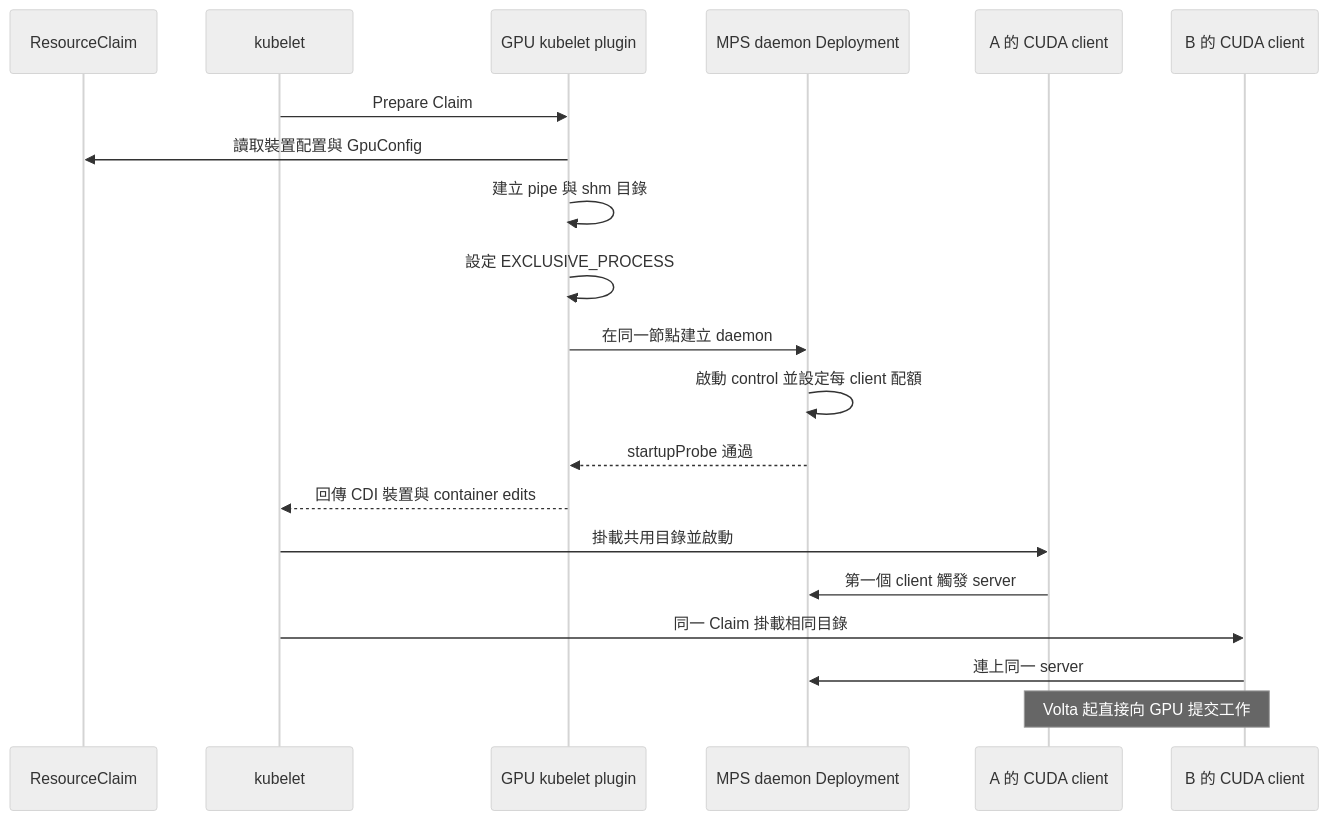
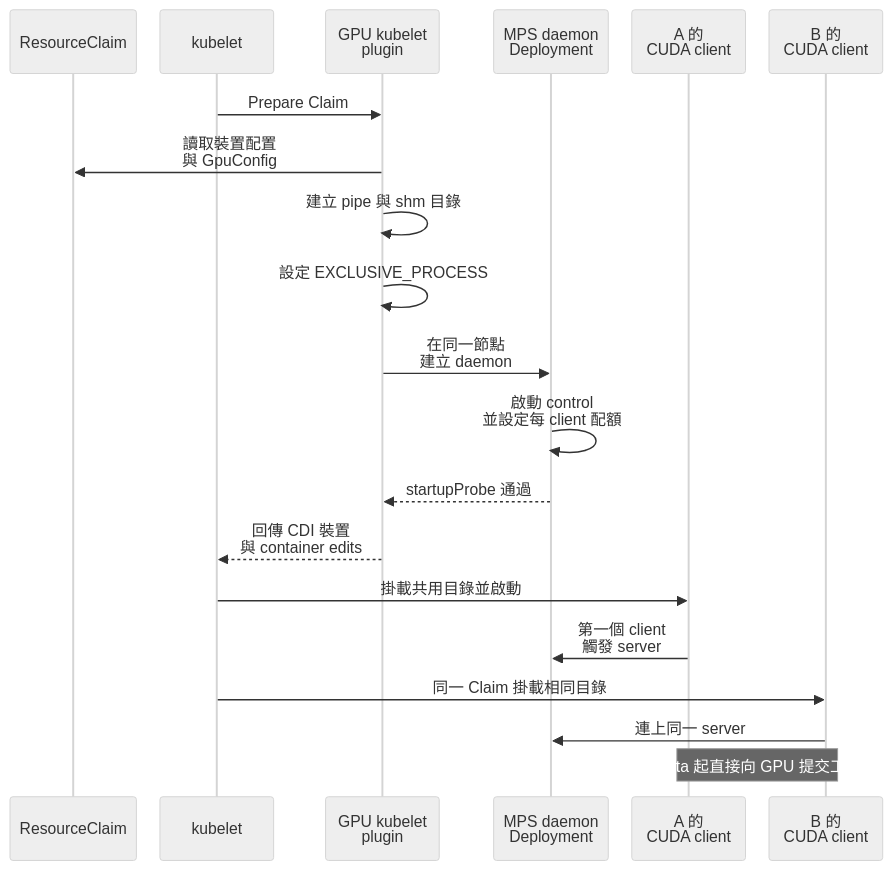
Before and after one commit to Daniel77871/dra-gpu-sharing-in-practice: the fourth of 4 diagrams in book/04-isolation/mps.md, drawn with Mermaid (neutral theme). The commit also changed other lines of this file and 15 other files, not shown here.

First line of the commit message:
Fit wide Mermaid diagrams to the GitHub page width

````diff
--- a/book/04-isolation/mps.md
+++ b/book/04-isolation/mps.md
@@ -160,22 +160,23 @@
 ```mermaid
+%%{init: {"sequence": {"actorMargin": 24, "width": 116, "boxMargin": 8, "noteMargin": 8}}}%%
 sequenceDiagram
   participant C as ResourceClaim
   participant K as kubelet
-  participant P as GPU kubelet plugin
-  participant D as MPS daemon Deployment
-  participant A as A 的 CUDA client
-  participant B as B 的 CUDA client
+  participant P as GPU kubelet<br/>plugin
+  participant D as MPS daemon<br/>Deployment
+  participant A as A 的<br/>CUDA client
+  participant B as B 的<br/>CUDA client
   K->>P: Prepare Claim
-  P->>C: 讀取裝置配置與 GpuConfig
+  P->>C: 讀取裝置配置<br/>與 GpuConfig
   P->>P: 建立 pipe 與 shm 目錄
   P->>P: 設定 EXCLUSIVE_PROCESS
-  P->>D: 在同一節點建立 daemon
-  D->>D: 啟動 control 並設定每 client 配額
+  P->>D: 在同一節點<br/>建立 daemon
+  D->>D: 啟動 control<br/>並設定每 client 配額
   D-->>P: startupProbe 通過
-  P-->>K: 回傳 CDI 裝置與 container edits
+  P-->>K: 回傳 CDI 裝置<br/>與 container edits
   K->>A: 掛載共用目錄並啟動
-  A->>D: 第一個 client 觸發 server
+  A->>D: 第一個 client<br/>觸發 server
   K->>B: 同一 Claim 掛載相同目錄
   B->>D: 連上同一 server
   Note over A,B: Volta 起直接向 GPU 提交工作
 ```
````
